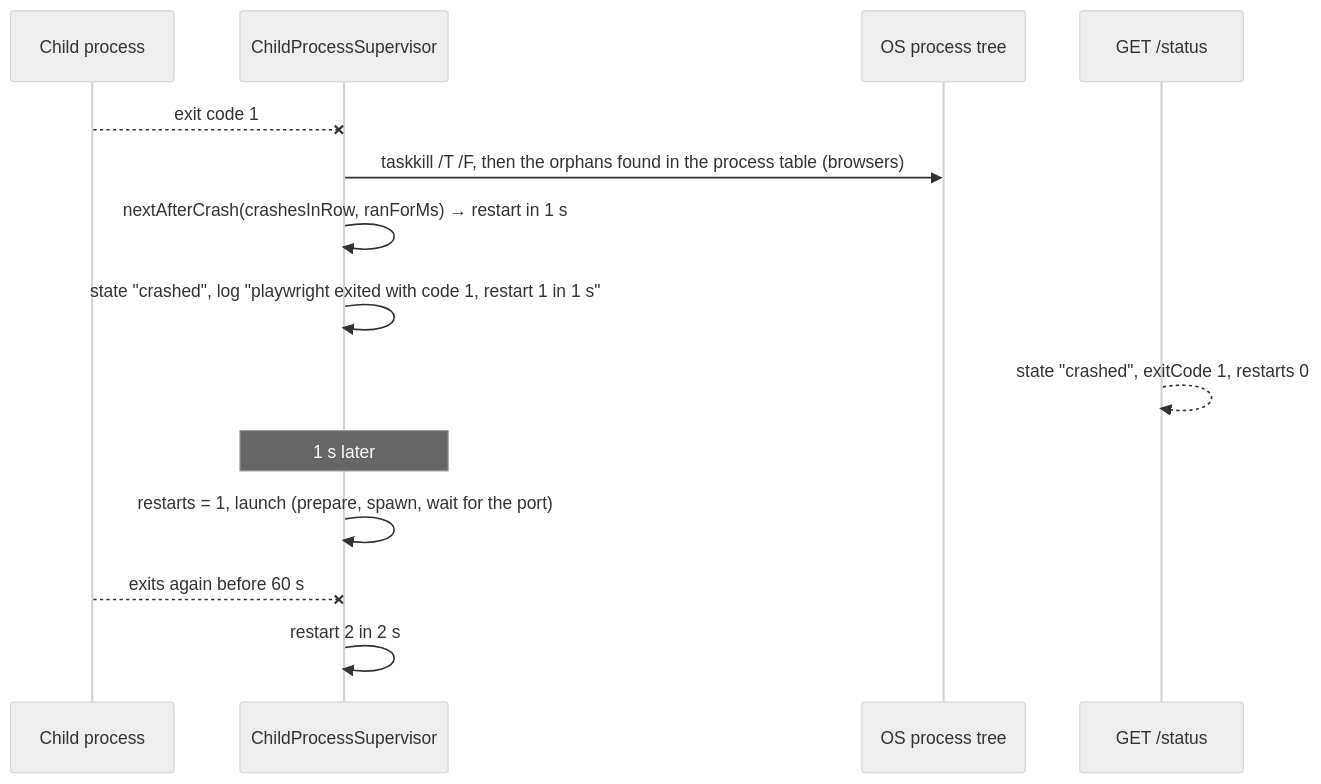
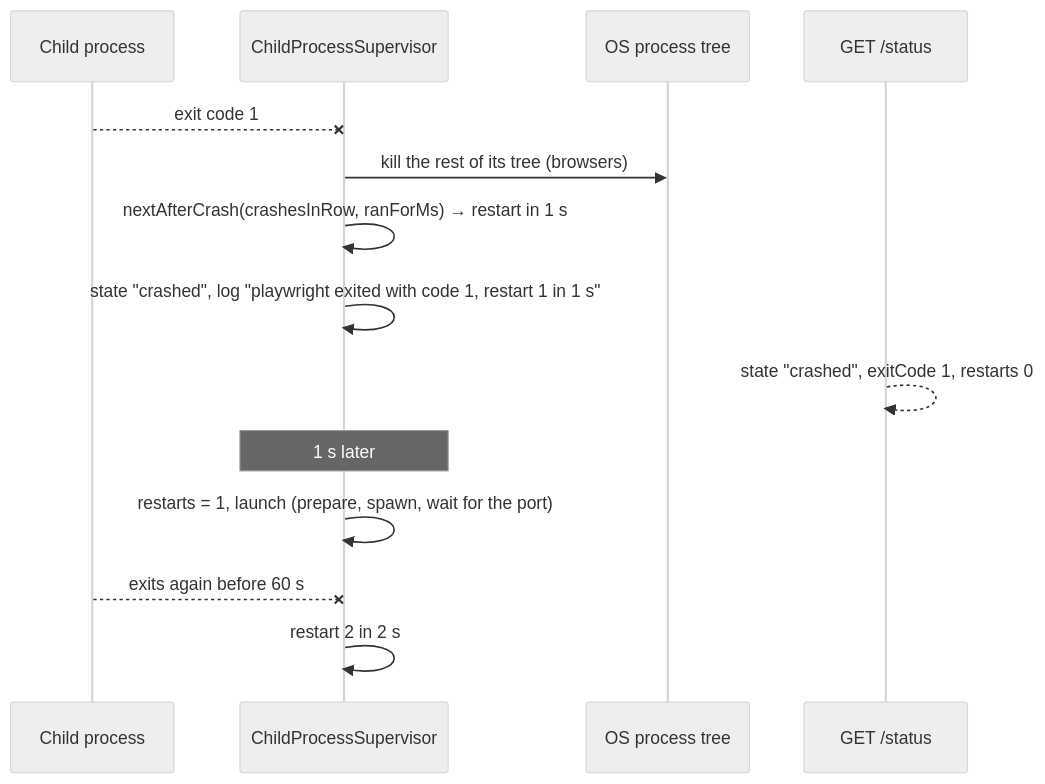
One commit to TimoSto/screenreader-speech-capture changed the second of 3 diagrams in docs/implementation/flows/child-services.md. Above: the diagram before and after it, drawn with Mermaid (neutral theme). The commit also changed 4 other files, not shown here.

First line of the commit message:
refactor(bridge): drop the process-table orphan lookup

````diff
--- a/docs/implementation/flows/child-services.md
+++ b/docs/implementation/flows/child-services.md
@@ -49,17 +49,17 @@
 ```mermaid
 sequenceDiagram
     participant P as Child process
     participant S as ChildProcessSupervisor
     participant OS as OS process tree
     participant St as GET /status
 
     P--xS: exit code 1
-    S->>OS: taskkill /T /F, then the orphans found in the process table (browsers)
+    S->>OS: kill the rest of its tree (browsers)
     S->>S: nextAfterCrash(crashesInRow, ranForMs) → restart in 1 s
     S->>S: state "crashed", log "playwright exited with code 1, restart 1 in 1 s"
     St-->>St: state "crashed", exitCode 1, restarts 0
     Note over S: 1 s later
     S->>S: restarts = 1, launch (prepare, spawn, wait for the port)
     P--xS: exits again before 60 s
     S->>S: restart 2 in 2 s
 ```
````
